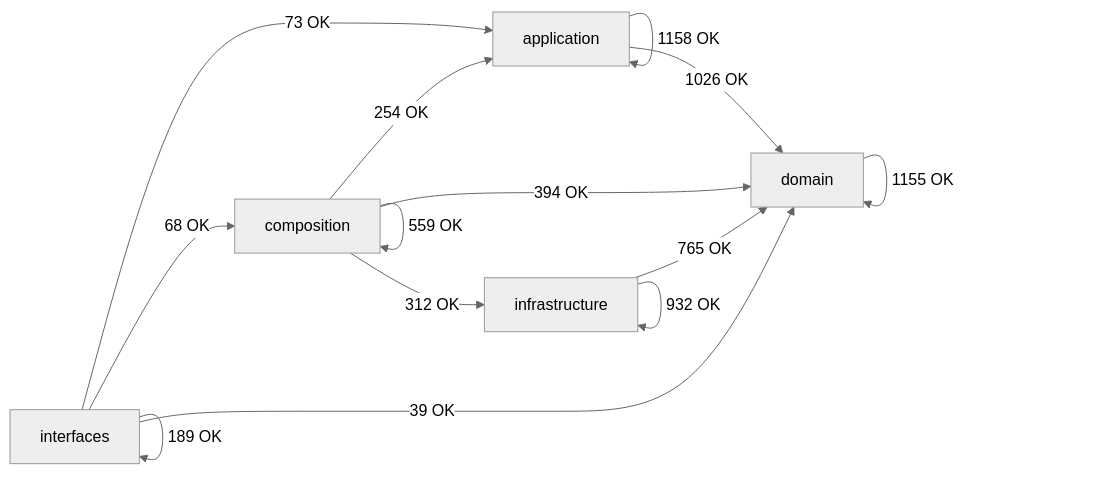
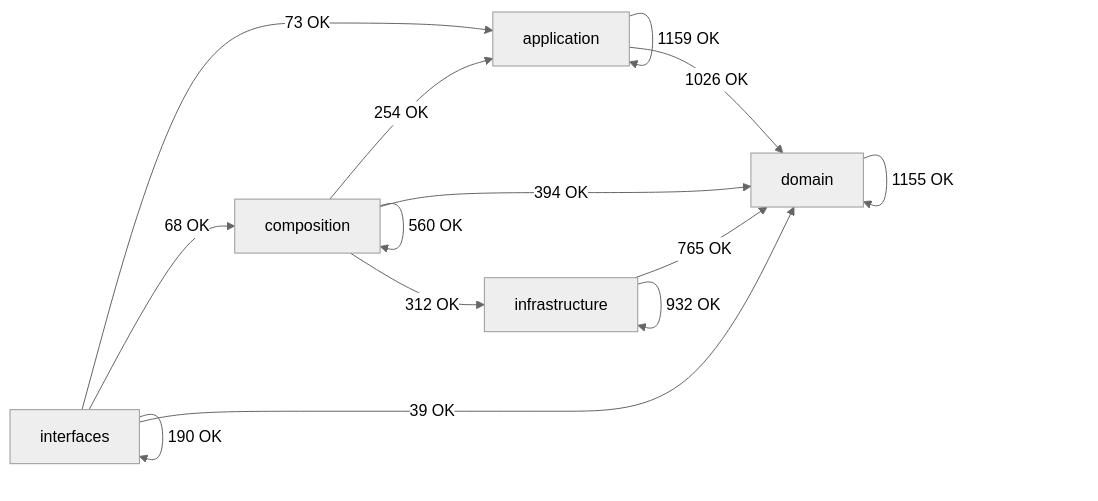
One commit to SatoryKono/BioactivityDataAcquisition changed the diagram in docs/02-architecture/generated/module-dependency-map.md. Above: the diagram before and after it, drawn with Mermaid (neutral theme). The commit also changed other lines of this file and 155 other files, not shown here.

````diff
--- a/docs/02-architecture/generated/module-dependency-map.md
+++ b/docs/02-architecture/generated/module-dependency-map.md
@@ -17,21 +17,21 @@
 ```mermaid
 flowchart LR
     domain[domain]
     application[application]
     infrastructure[infrastructure]
     composition[composition]
     interfaces[interfaces]
-    application -->|1158 OK| application
+    application -->|1159 OK| application
     application -->|1026 OK| domain
     composition -->|254 OK| application
-    composition -->|559 OK| composition
+    composition -->|560 OK| composition
     composition -->|394 OK| domain
     composition -->|312 OK| infrastructure
     domain -->|1155 OK| domain
     infrastructure -->|765 OK| domain
     infrastructure -->|932 OK| infrastructure
     interfaces -->|73 OK| application
     interfaces -->|68 OK| composition
     interfaces -->|39 OK| domain
-    interfaces -->|189 OK| interfaces
+    interfaces -->|190 OK| interfaces
 ```
````
